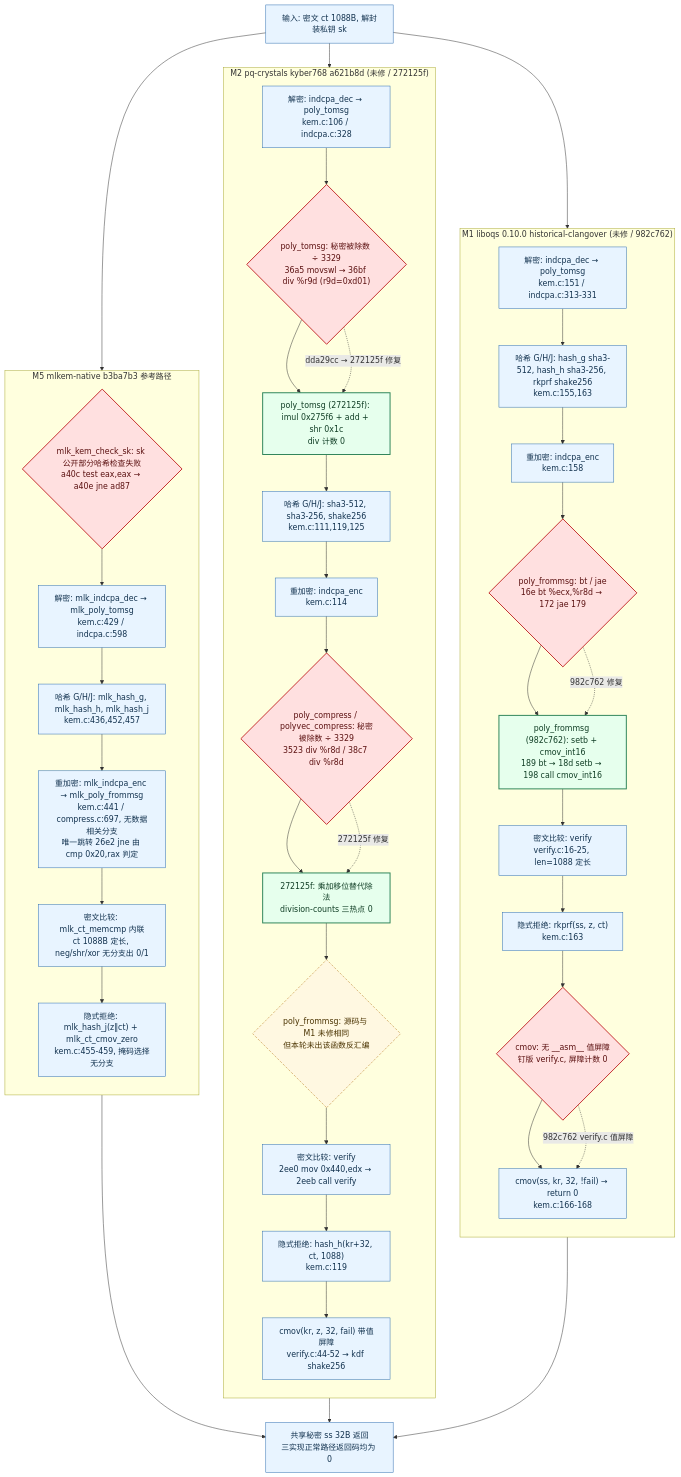
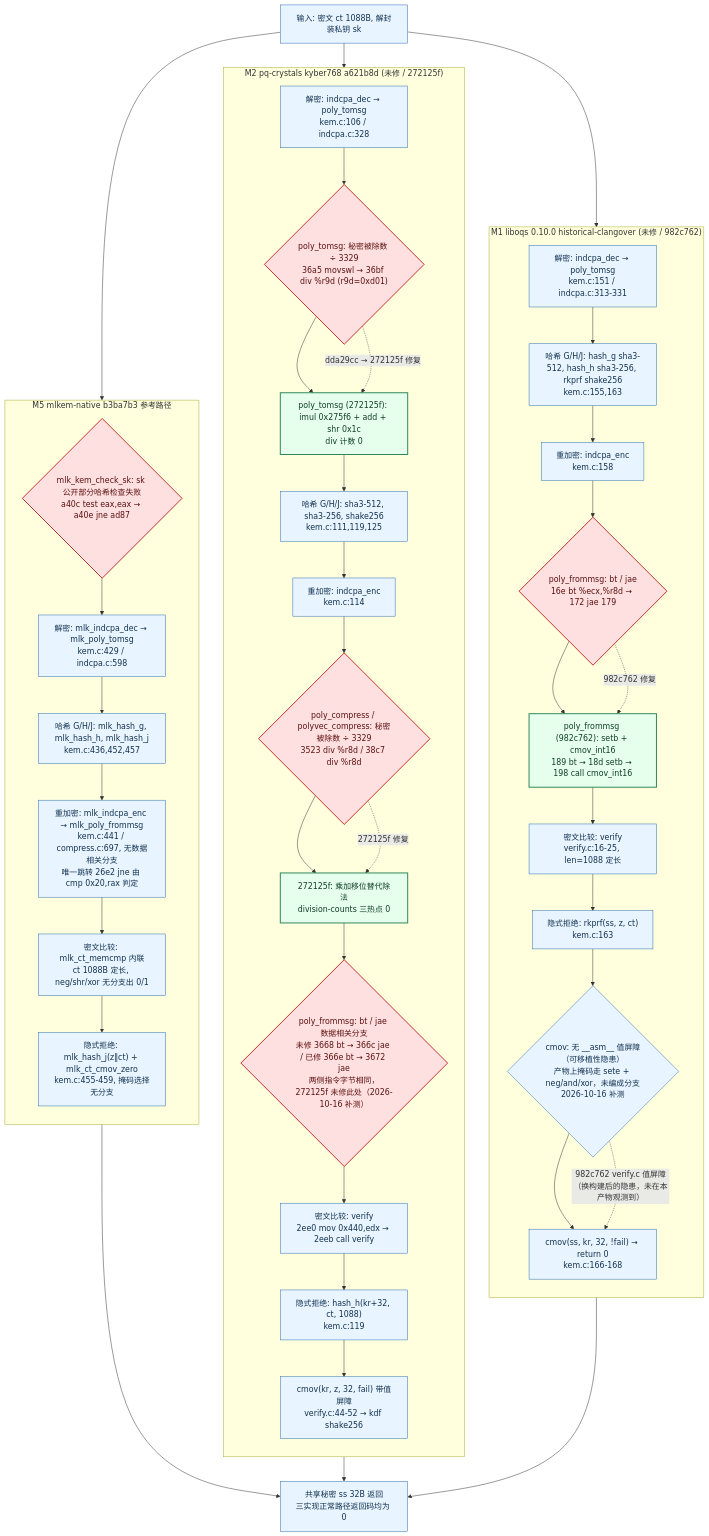
The diagram in docs/R05-全流程排查表.md (Gowin-liuyin/cryProject), drawn with Mermaid before and after one commit. The commit also changed other lines of this file and 108 other files, not shown here.

````diff
--- a/docs/R05-全流程排查表.md
+++ b/docs/R05-全流程排查表.md
@@ -332,59 +368,58 @@
 ```mermaid
 flowchart TD
   classDef pub fill:#e8f4ff,stroke:#2b6cb0,color:#12324f
   classDef leak fill:#ffe0e0,stroke:#c53030,stroke-width:2px,color:#5b1010
   classDef fix fill:#e6ffed,stroke:#2f855a,stroke-width:2px,color:#0f3d24
-  classDef art fill:#fff8e1,stroke:#b7791f,stroke-dasharray:5 3,color:#4a3300
   classDef stop fill:#f3f4f6,stroke:#6b7280,color:#1f2937
 
   IN["输入: 密文 ct 1088B, 解封装私钥 sk"]:::pub
 
   subgraph M1["M1 liboqs 0.10.0 historical-clangover (未修 / 982c762)"]
     direction TB
     M1A["解密: indcpa_dec → poly_tomsg<br/>kem.c:151 / indcpa.c:313-331"]:::pub
     M1B["哈希 G/H/J: hash_g sha3-512, hash_h sha3-256, rkprf shake256<br/>kem.c:155,163"]:::pub
     M1C1["重加密: indcpa_enc<br/>kem.c:158"]:::pub
     M1C2{"poly_frommsg: bt / jae<br/>16e bt %ecx,%r8d → 172 jae 179"}:::leak
     M1C3["poly_frommsg (982c762): setb + cmov_int16<br/>189 bt → 18d setb → 198 call cmov_int16"]:::fix
     M1D["密文比较: verify<br/>verify.c:16-25, len=1088 定长"]:::pub
     M1E1["隐式拒绝: rkprf(ss, z, ct)<br/>kem.c:163"]:::pub
-    M1E2{"cmov: 无 __asm__ 值屏障<br/>钉版 verify.c, 屏障计数 0"}:::leak
+    M1E2{"cmov: 无 __asm__ 值屏障（可移植性隐患）<br/>产物上掩码走 sete + neg/and/xor，未编成分支<br/>2026-10-16 补测"}:::pub
     M1E3["cmov(ss, kr, 32, !fail) → return 0<br/>kem.c:166-168"]:::pub
   end
 
   subgraph M2["M2 pq-crystals kyber768 a621b8d (未修 / 272125f)"]
     direction TB
     M2A1["解密: indcpa_dec → poly_tomsg<br/>kem.c:106 / indcpa.c:328"]:::pub
     M2A2{"poly_tomsg: 秘密被除数 ÷ 3329<br/>36a5 movswl → 36bf div %r9d (r9d=0xd01)"}:::leak
     M2A3["poly_tomsg (272125f): imul 0x275f6 + add + shr 0x1c<br/>div 计数 0"]:::fix
     M2B["哈希 G/H/J: sha3-512, sha3-256, shake256<br/>kem.c:111,119,125"]:::pub
     M2C1["重加密: indcpa_enc<br/>kem.c:114"]:::pub
     M2C2{"poly_compress / polyvec_compress: 秘密被除数 ÷ 3329<br/>3523 div %r8d / 38c7 div %r8d"}:::leak
     M2C3["272125f: 乘加移位替代除法<br/>division-counts 三热点 0"]:::fix
-    M2C4{"poly_frommsg: 源码与 M1 未修相同<br/>但本轮未出该函数反汇编"}:::art
+    M2C4{"poly_frommsg: bt / jae 数据相关分支<br/>未修 3668 bt → 366c jae / 已修 366e bt → 3672 jae<br/>两侧指令字节相同，272125f 未修此处（2026-10-16 补测）"}:::leak
     M2D["密文比较: verify<br/>2ee0 mov 0x440,edx → 2eeb call verify"]:::pub
     M2E1["隐式拒绝: hash_h(kr+32, ct, 1088)<br/>kem.c:119"]:::pub
     M2E2["cmov(kr, z, 32, fail) 带值屏障<br/>verify.c:44-52 → kdf shake256"]:::pub
   end
 
   subgraph M5["M5 mlkem-native b3ba7b3 参考路径"]
     direction TB
     M5S{"mlk_kem_check_sk: sk 公开部分哈希检查失败<br/>a40c test eax,eax → a40e jne ad87"}:::leak
     M5A["解密: mlk_indcpa_dec → mlk_poly_tomsg<br/>kem.c:429 / indcpa.c:598"]:::pub
     M5B["哈希 G/H/J: mlk_hash_g, mlk_hash_h, mlk_hash_j<br/>kem.c:436,452,457"]:::pub
     M5C["重加密: mlk_indcpa_enc → mlk_poly_frommsg<br/>kem.c:441 / compress.c:697, 无数据相关分支<br/>唯一跳转 26e2 jne 由 cmp 0x20,rax 判定"]:::pub
     M5D["密文比较: mlk_ct_memcmp 内联<br/>ct 1088B 定长, neg/shr/xor 无分支出 0/1"]:::pub
     M5E["隐式拒绝: mlk_hash_j(z‖ct) + mlk_ct_cmov_zero<br/>kem.c:455-459, 掩码选择无分支"]:::pub
   end
 
   OUT["共享秘密 ss 32B 返回<br/>三实现正常路径返回码均为 0"]:::pub
 
   IN --> M1A --> M1B --> M1C1 --> M1C2 --> M1C3 --> M1D --> M1E1 --> M1E2 --> M1E3 --> OUT
   IN --> M2A1 --> M2A2 --> M2A3 --> M2B --> M2C1 --> M2C2 --> M2C3 --> M2C4 --> M2D --> M2E1 --> M2E2 --> OUT
   IN --> M5S --> M5A --> M5B --> M5C --> M5D --> M5E --> OUT
 
   M1C2 -.->|"982c762 修复"| M1C3
-  M1E2 -.->|"982c762 verify.c 值屏障"| M1E3
+  M1E2 -.->|"982c762 verify.c 值屏障（换构建后的隐患，未在本产物观测到）"| M1E3
   M2A2 -.->|"dda29cc → 272125f 修复"| M2A3
   M2C2 -.->|"272125f 修复"| M2C3
 ```
````
